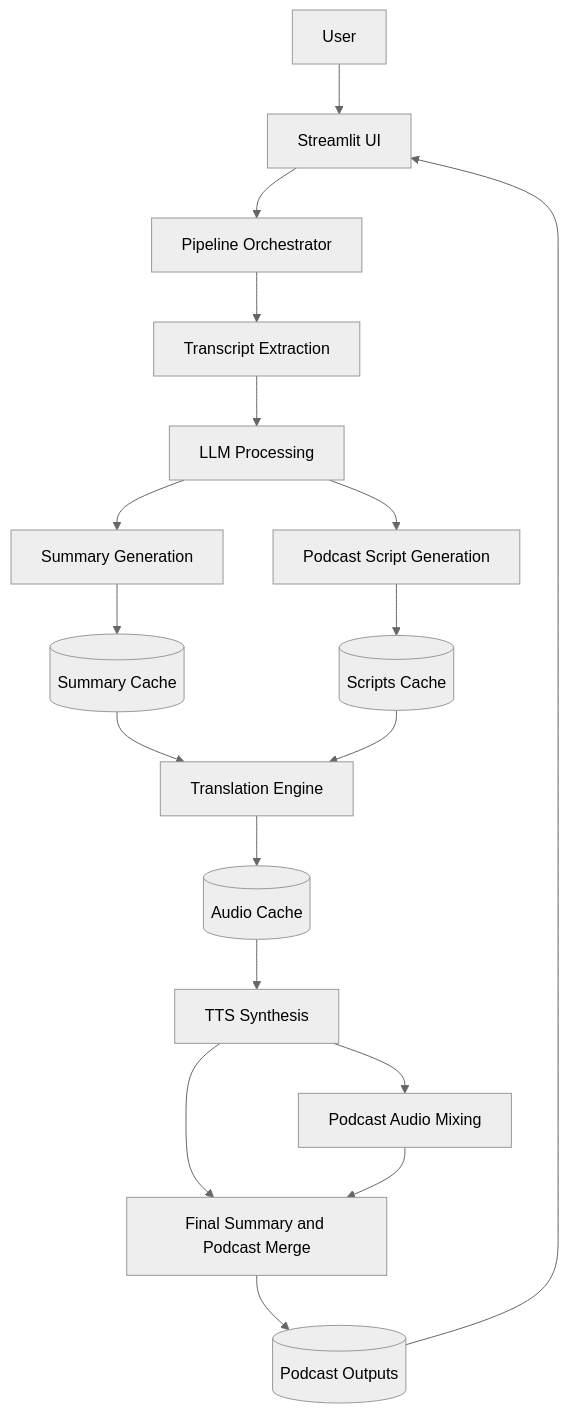
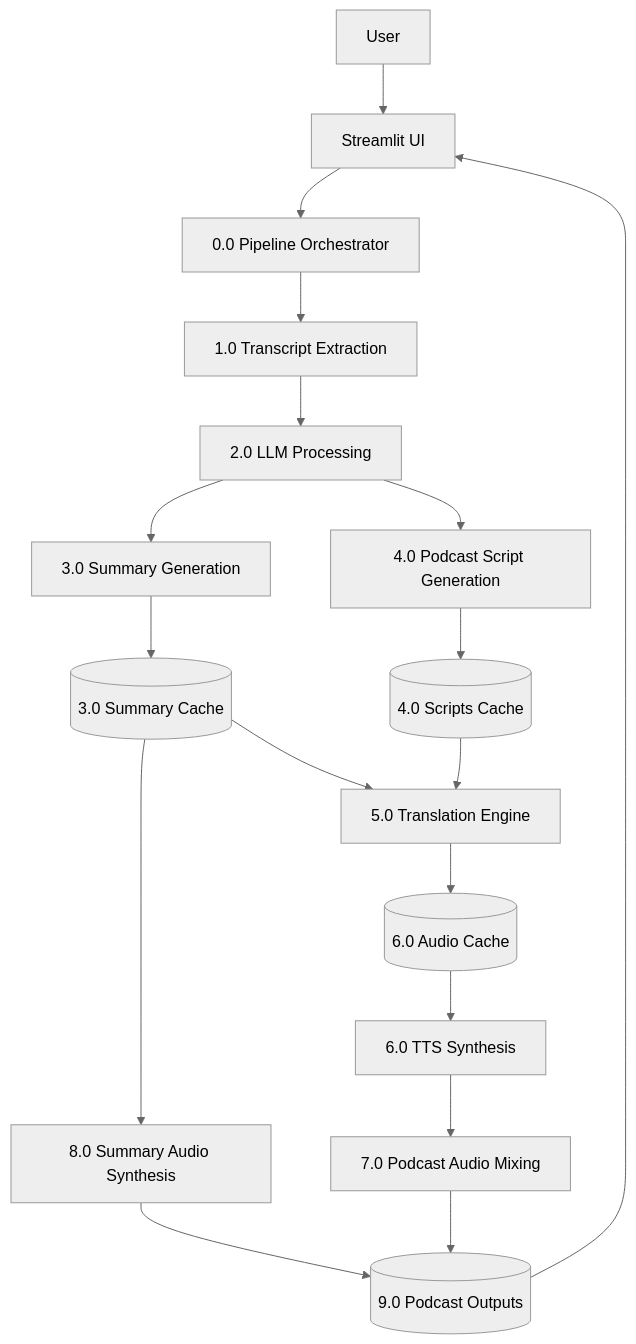
One commit to sahaniom/Podcast-Generator changed the fourth of 9 diagrams in docs/5_dfd.md. Above: the diagram before and after it, drawn with Mermaid (neutral theme). The commit also changed other lines of this file and 6 other files, not shown here.

````diff
--- a/docs/5_dfd.md
+++ b/docs/5_dfd.md
@@ -174,58 +183,58 @@
 ```mermaid
 flowchart TD
 
     %% USER
     U[User]
 
     %% UI
     UI[Streamlit UI]
 
     %% MAIN
-    M[Pipeline Orchestrator]
+    M[0.0 Pipeline Orchestrator]
 
     %% STORAGE
-    SCRIPTS[(Scripts Cache)]
-    SUMMARY[(Summary Cache)]
-    AUDIO[(Audio Cache)]
-    OUTPUTS[(Podcast Outputs)]
+    SCRIPTS[(4.0 Scripts Cache)]
+    SUMMARY[(3.0 Summary Cache)]
+    AUDIO[(6.0 Audio Cache)]
+    OUTPUTS[(9.0 Podcast Outputs)]
 
     %% PROCESSING
-    T[Transcript Extraction]
-    LLM[LLM Processing]
-    SUM[Summary Generation]
-    GEN[Podcast Script Generation]
-    TRANS[Translation Engine]
-    TTS[TTS Synthesis]
-    MIX[Podcast Audio Mixing]
-    MERGE[Final Summary and Podcast Merge]
+    T[1.0 Transcript Extraction]
+    LLM[2.0 LLM Processing]
+    SUM[3.0 Summary Generation]
+    GEN[4.0 Podcast Script Generation]
+    TRANS[5.0 Translation Engine]
+    TTS[6.0 TTS Synthesis]
+    MIX[7.0 Podcast Audio Mixing]
+    SUMA[8.0 Summary Audio Synthesis]
 
     %% FLOW
     U --> UI
 
     UI --> M
 
     M --> T
 
     T --> LLM
 
     LLM --> SUM
     LLM --> GEN
 
     SUM --> SUMMARY
     GEN --> SCRIPTS
 
     SUMMARY --> TRANS
     SCRIPTS --> TRANS
 
     TRANS --> AUDIO
 
     AUDIO --> TTS
 
     TTS --> MIX
-    TTS --> MERGE
-    MIX --> MERGE
+    SUMMARY --> SUMA
 
-    MERGE --> OUTPUTS
+    SUMA --> OUTPUTS
+    MIX --> OUTPUTS
 
     OUTPUTS --> UI
 ```
````
